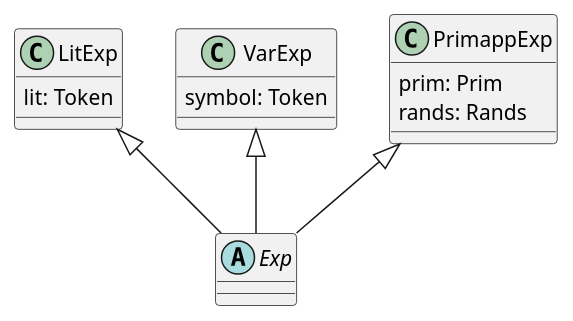
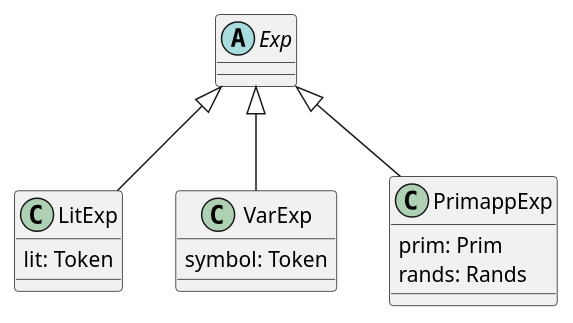
Before and after one commit to ourPLCC/course-materials-ng: the third of 3 diagrams in textbook/06-v0.md, drawn with PlantUML. The commit also changed other lines of this file, not shown here.

Commit message:
fix: Point arrows in the right direction (issue #60)

````diff
--- a/textbook/06-v0.md
+++ b/textbook/06-v0.md
@@ -164,22 +164,22 @@
 ```plantuml
 @startuml
 abstract class Exp
 
 class LitExp {
   lit: Token
 }
 
 class VarExp {
   symbol: Token
 }
 
 class PrimappExp {
     prim: Prim
     rands: Rands
 }
 
-LitExp <|-- Exp
-VarExp <|-- Exp
-PrimappExp <|-- Exp
+Exp <|-- LitExp
+Exp <|-- VarExp
+Exp <|-- PrimappExp
 @enduml
 ```
````
